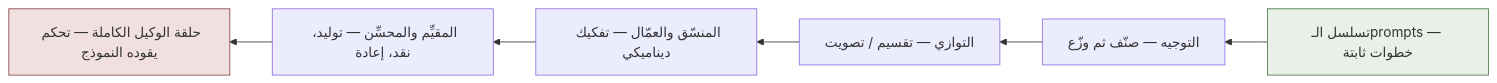
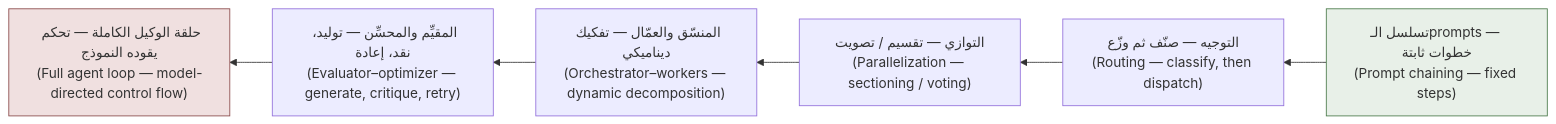
The third of 10 diagrams in qdb-agent-framework/docs/LEARNING-PATH.ar.md (Tamoura/AI-agents), drawn with Mermaid before and after one commit. The commit also changed other lines of this file and 3 other files, not shown here.

First line of the commit message:
Arabic docs: English on every diagram label; rebuild Arabic HTML

````diff
--- a/qdb-agent-framework/docs/LEARNING-PATH.ar.md
+++ b/qdb-agent-framework/docs/LEARNING-PATH.ar.md
@@ -302,10 +302,10 @@
 ```mermaid
 flowchart RL
-    A["تسلسل الـprompts — خطوات ثابتة"] --> B["التوجيه — صنّف ثم وزّع"]
-    B --> C["التوازي — تقسيم / تصويت"]
-    C --> D["المنسّق والعمّال — تفكيك ديناميكي"]
-    D --> E["المقيِّم والمحسِّن — توليد، نقد، إعادة"]
-    E --> F["حلقة الوكيل الكاملة — تحكم يقوده النموذج"]
+    A["تسلسل الـprompts — خطوات ثابتة<br/>(Prompt chaining — fixed steps)"] --> B["التوجيه — صنّف ثم وزّع<br/>(Routing — classify, then dispatch)"]
+    B --> C["التوازي — تقسيم / تصويت<br/>(Parallelization — sectioning / voting)"]
+    C --> D["المنسّق والعمّال — تفكيك ديناميكي<br/>(Orchestrator–workers — dynamic decomposition)"]
+    D --> E["المقيِّم والمحسِّن — توليد، نقد، إعادة<br/>(Evaluator–optimizer — generate, critique, retry)"]
+    E --> F["حلقة الوكيل الكاملة — تحكم يقوده النموذج<br/>(Full agent loop — model-directed control flow)"]
     style A fill:#e8f0e8,stroke:#4a7a4a
     style F fill:#f0e0e0,stroke:#8a4a4a
 ```
````
